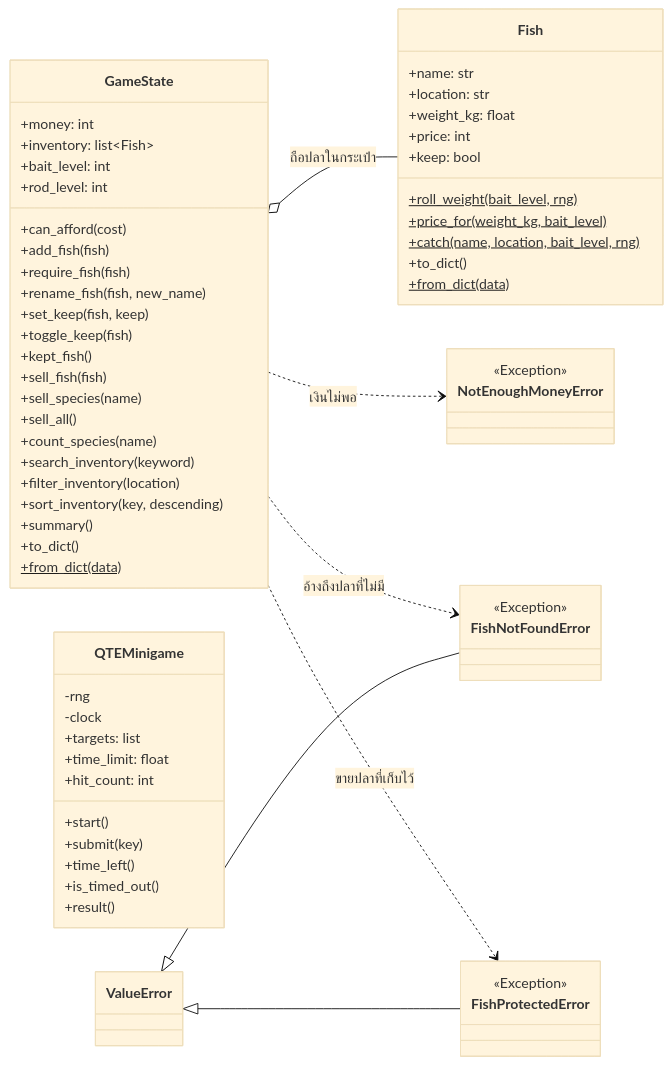
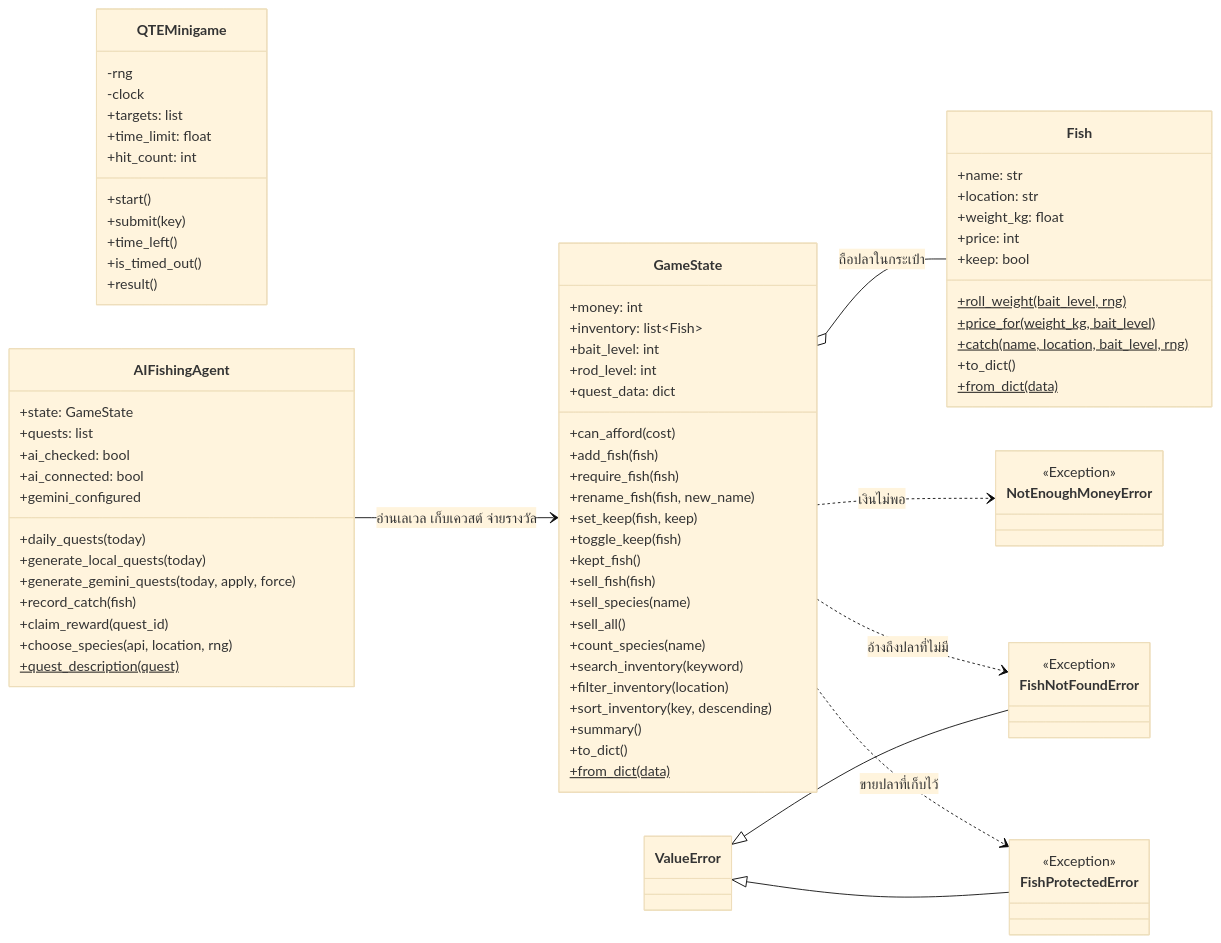
One commit to suphachaikh-creator/Final-Project_G11_Sec2_Script_Programming changed the first of 3 diagrams in PLAN.md. Above: the diagram before and after it, drawn with Mermaid (base theme). The commit also changed other lines of this file and 16 other files, not shown here.

```diff
--- a/PLAN.md
+++ b/PLAN.md
@@ -354,6 +392,7 @@
         +inventory: list~Fish~
         +bait_level: int
         +rod_level: int
+        +quest_data: dict
         +can_afford(cost)
         +add_fish(fish)
         +require_fish(fish)
@@ -409,7 +448,23 @@
         <<Exception>>
     }
 
+    class AIFishingAgent {
+        +state: GameState
+        +quests: list
+        +ai_checked: bool
+        +ai_connected: bool
+        +gemini_configured
+        +daily_quests(today)
+        +generate_local_quests(today)
+        +generate_gemini_quests(today, apply, force)
+        +record_catch(fish)
+        +claim_reward(quest_id)
+        +choose_species(api, location, rng)
+        +quest_description(quest)$
+    }
+
     GameState o-- Fish : ถือปลาในกระเป๋า
+    AIFishingAgent --> GameState : อ่านเลเวล เก็บเควสต์ จ่ายรางวัล
     GameState ..> NotEnoughMoneyError : เงินไม่พอ
     GameState ..> FishNotFoundError : อ้างถึงปลาที่ไม่มี
     GameState ..> FishProtectedError : ขายปลาที่เก็บไว้
```
